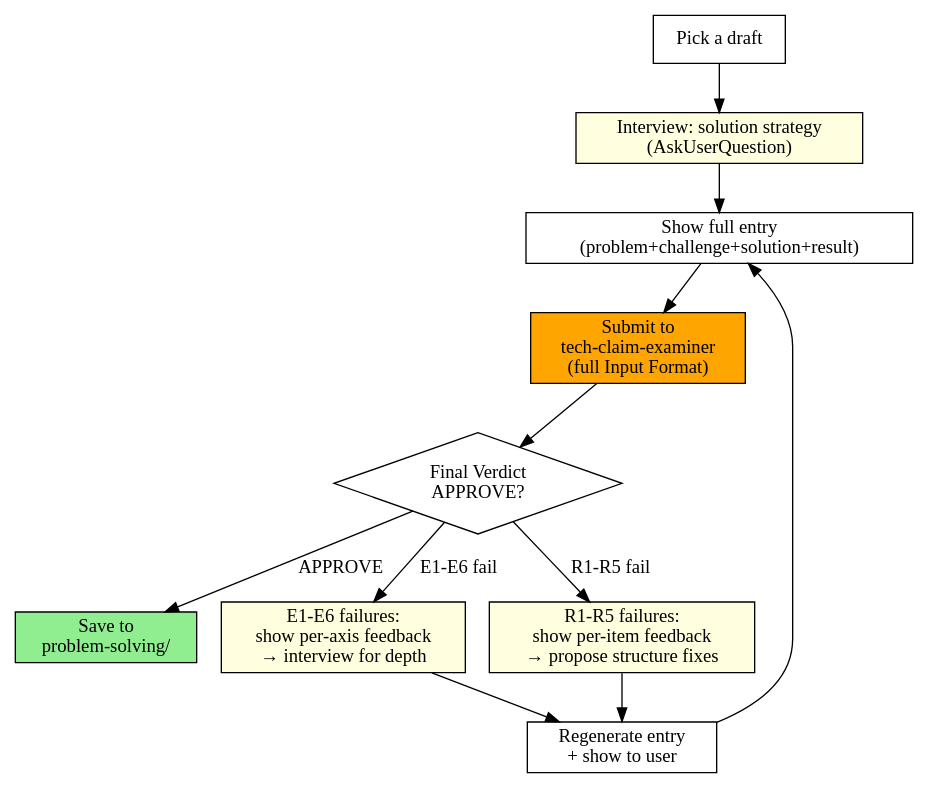
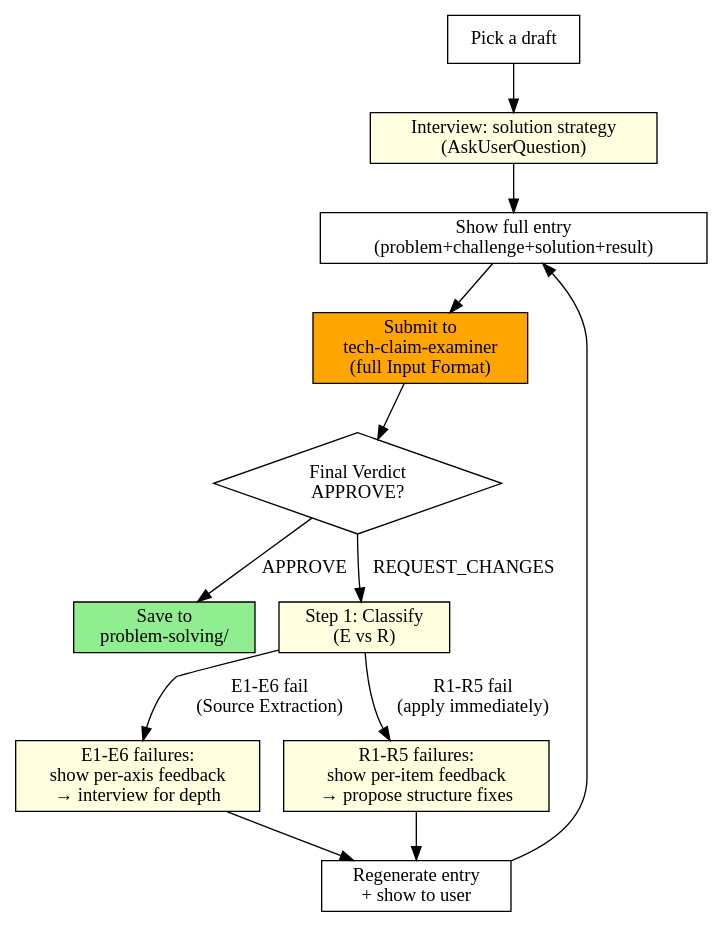
One commit to toongri/oh-my-toong-playground changed the third of 3 diagrams in skills/resume-forge/SKILL.md. Above: the diagram before and after it, drawn with Graphviz. The commit also changed 3 other files, not shown here.

````diff
--- a/skills/resume-forge/SKILL.md
+++ b/skills/resume-forge/SKILL.md
@@ -101,25 +101,27 @@
 ```dot
 digraph loop2 {
     rankdir=TB;
     pick [shape=box, label="Pick a draft"];
     interview [shape=box, label="Interview: solution strategy\n(AskUserQuestion)", style=filled, fillcolor=lightyellow];
     show [shape=box, label="Show full entry\n(problem+challenge+solution+result)"];
     exam [shape=box, label="Submit to\ntech-claim-examiner\n(full Input Format)", style=filled, fillcolor=orange];
     check [shape=diamond, label="Final Verdict\nAPPROVE?"];
     save [shape=box, label="Save to\nproblem-solving/", style=filled, fillcolor=lightgreen];
     e_fail [shape=box, label="E1-E6 failures:\nshow per-axis feedback\n→ interview for depth", style=filled, fillcolor=lightyellow];
     r_fail [shape=box, label="R1-R5 failures:\nshow per-item feedback\n→ propose structure fixes", style=filled, fillcolor=lightyellow];
     revise [shape=box, label="Regenerate entry\n+ show to user"];
 
     pick -> interview;
     interview -> show;
     show -> exam;
     exam -> check;
     check -> save [label="APPROVE"];
-    check -> e_fail [label="E1-E6 fail"];
-    check -> r_fail [label="R1-R5 fail"];
+    check -> classify [label="REQUEST_CHANGES"];
+    classify [shape=box, label="Step 1: Classify\n(E vs R)", style=filled, fillcolor=lightyellow];
+    classify -> r_fail [label="R1-R5 fail\n(apply immediately)"];
+    classify -> e_fail [label="E1-E6 fail\n(Source Extraction)"];
     e_fail -> revise;
     r_fail -> revise;
     revise -> show;
 }
 ```
````
